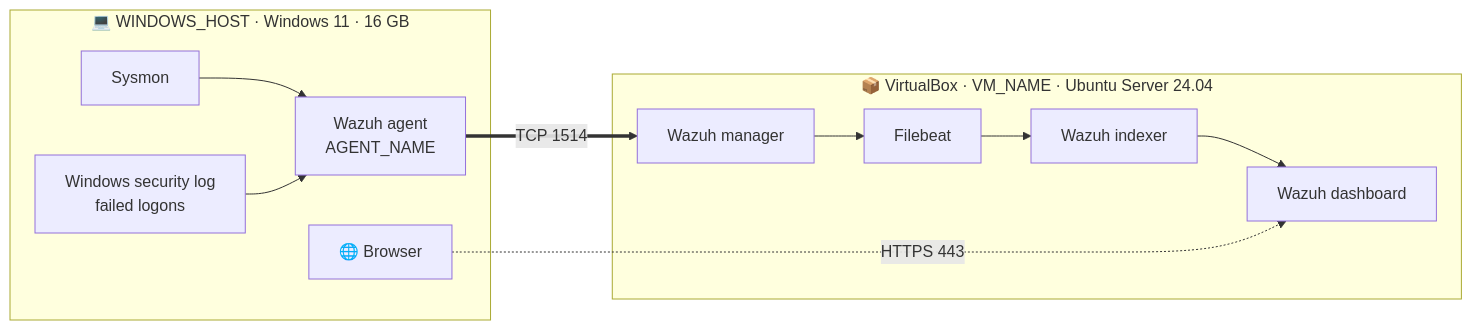
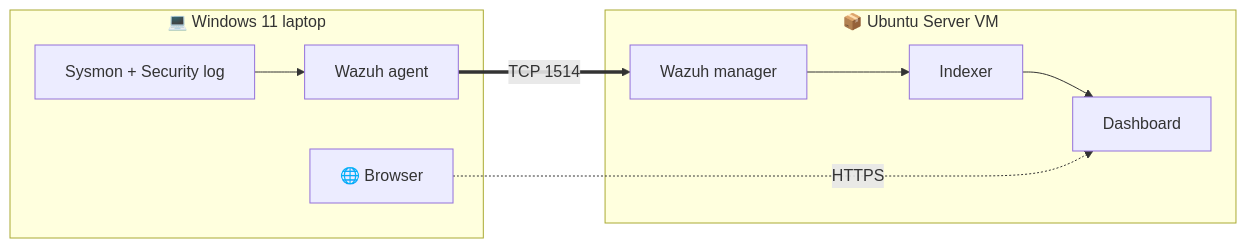
Before and after one commit to custom-npc/wazuh-home-lab: the diagram in README.md, drawn with Mermaid. The commit also changed other lines of this file, not shown here.

````diff
--- a/README.md
+++ b/README.md
@@ -38,13 +17,12 @@
 ```mermaid
 flowchart LR
-    subgraph WIN["💻 WINDOWS_HOST · Windows 11 · 16 GB"]
-        SYSMON["Sysmon"] --> AGENT["Wazuh agent<br/>AGENT_NAME"]
-        LOGON["Windows security log<br/>failed logons"] --> AGENT
-        BROWSER["🌐 Browser"]
+    subgraph WIN["💻 Windows 11 laptop"]
+        S["Sysmon + Security log"] --> A["Wazuh agent"]
+        B["🌐 Browser"]
     end
-    subgraph VBOX["📦 VirtualBox · VM_NAME · Ubuntu Server 24.04"]
-        MANAGER["Wazuh manager"] --> FILEBEAT["Filebeat"] --> INDEXER["Wazuh indexer"] --> DASH["Wazuh dashboard"]
+    subgraph VM["📦 Ubuntu Server VM"]
+        M["Wazuh manager"] --> I["Indexer"] --> D["Dashboard"]
     end
-    AGENT == "TCP 1514" ==> MANAGER
-    BROWSER -. "HTTPS 443" .-> DASH
+    A == "TCP 1514" ==> M
+    B -. "HTTPS" .-> D
 ```
````
